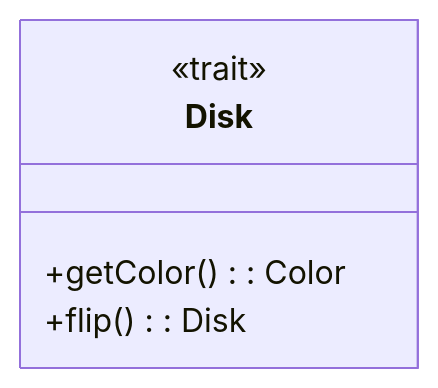
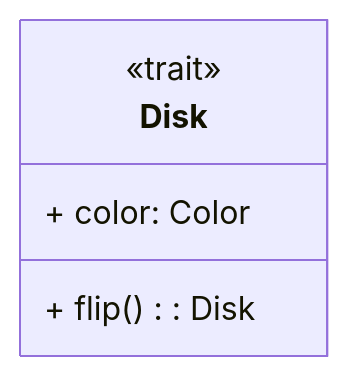
The ninth of 12 diagrams in docs/report/5-detailed-design.md (Borgotto/PPS-25-scalatello), drawn with Mermaid before and after one commit. The commit also changed other lines of this file and 2 other files, not shown here.

````diff
--- a/docs/report/5-detailed-design.md
+++ b/docs/report/5-detailed-design.md
@@ -282,8 +200,8 @@
 ```mermaid
 classDiagram
   class Disk {
     <<trait>>
-    +getColor(): Color
-    +flip(): Disk
+    + color: Color
+    + flip(): Disk
   }
 ```
````
